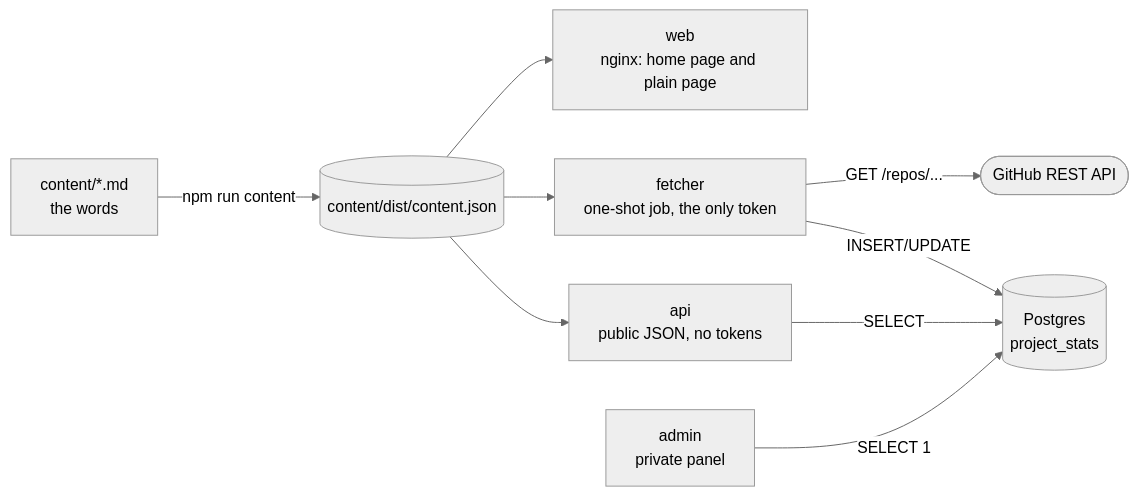
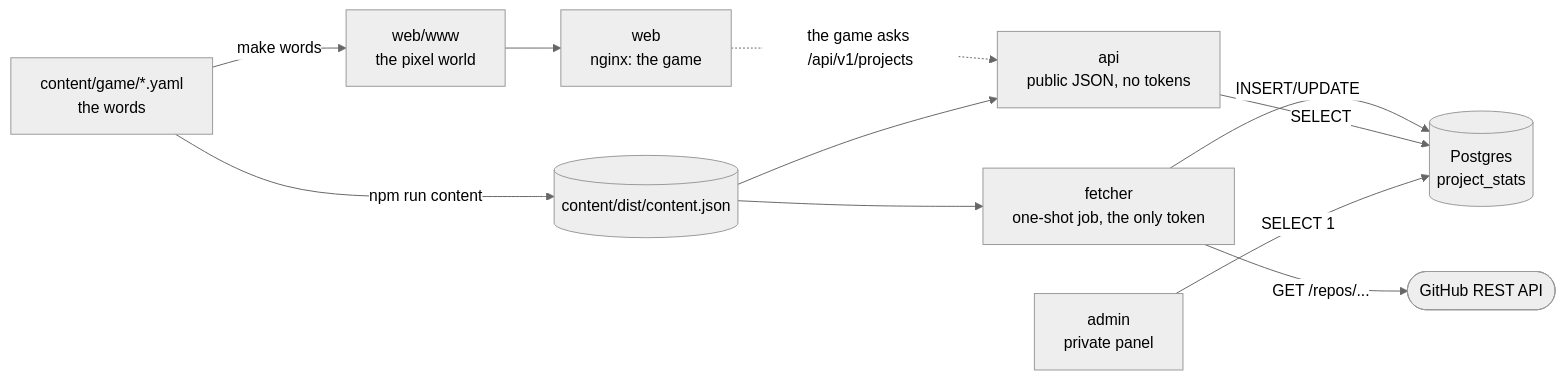
One commit to zimmertr/trailhead changed the diagram in docs/ARCHITECTURE.md. Above: the diagram before and after it, drawn with Mermaid (neutral theme). The commit also changed other lines of this file and 246 other files, not shown here.

First line of the commit message:
feat: pixel world round 6 (#54)

````diff
--- a/docs/ARCHITECTURE.md
+++ b/docs/ARCHITECTURE.md
@@ -7,11 +7,13 @@
 ```mermaid
 flowchart LR
-    md["content/*.md<br>the words"] -- "npm run content" --> json[("content/dist/content.json")]
-    json --> web["web<br>nginx: home page and plain page"]
+    md["content/game/*.yaml<br>the words"] -- "npm run content" --> json[("content/dist/content.json")]
+    md -- "make words" --> www
+    www["web/www<br>the pixel world"] --> web["web<br>nginx: the game"]
+    web -. "the game asks /api/v1/projects" .-> api
     json --> api["api<br>public JSON, no tokens"]
     json --> fetcher["fetcher<br>one-shot job, the only token"]
     fetcher -- "GET /repos/..." --> gh(["GitHub REST API"])
     fetcher -- "INSERT/UPDATE" --> pg[("Postgres<br>project_stats")]
     api -- "SELECT" --> pg
     admin["admin<br>private panel"] -- "SELECT 1" --> pg
 ```
````
